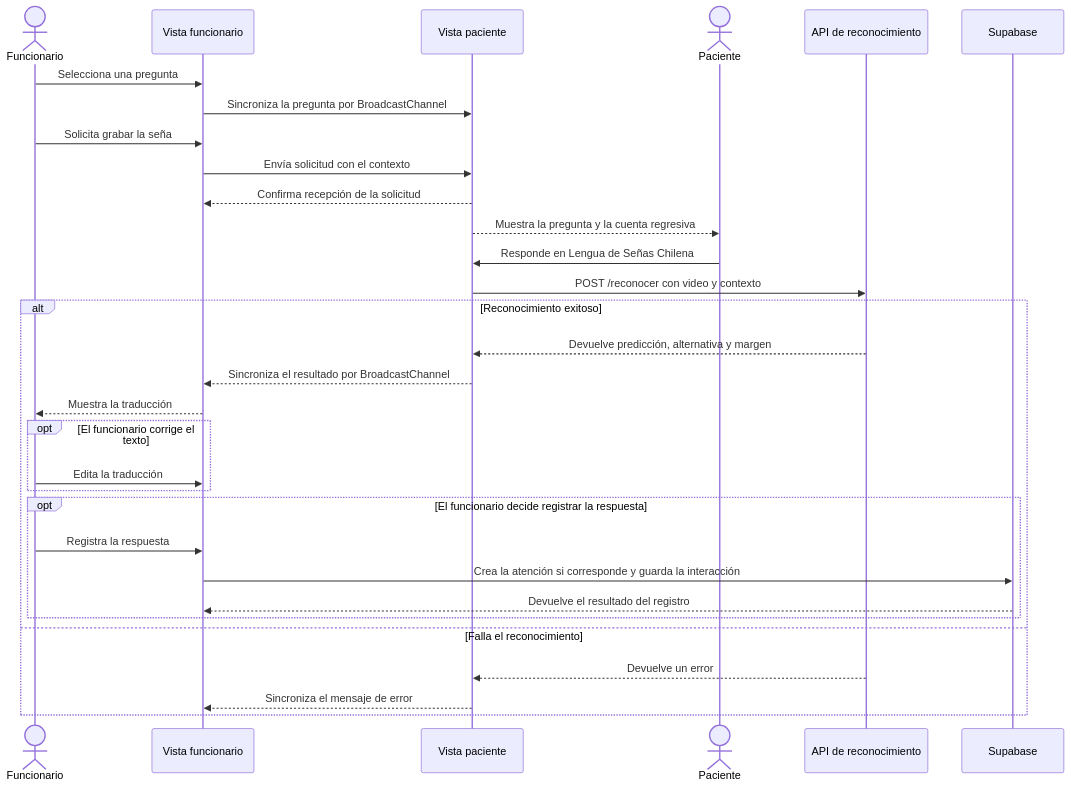
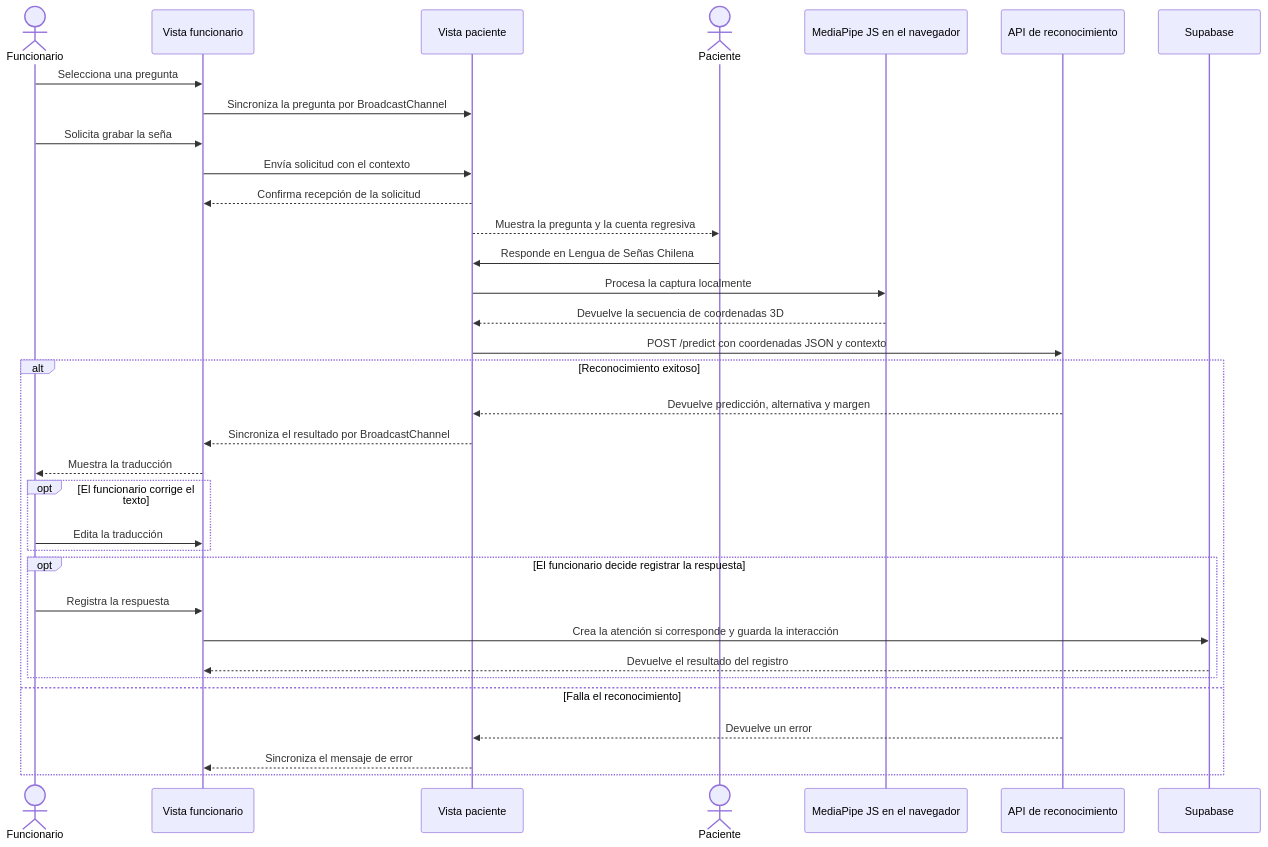
The diagram in Fase 2/Evidencias Proyecto/Evidencias de documentación/Diagrama de secuencia SeñaText.md (mtynnn/senatext), drawn with Mermaid before and after one commit. The commit also changed other lines of this file and 1 other file, not shown here.

Commit message:
Alinear diagramas UML con el flujo de coordenadas del arc42

````diff
--- a/Fase 2/Evidencias Proyecto/Evidencias de documentación/Diagrama de secuencia SeñaText.md
+++ b/Fase 2/Evidencias Proyecto/Evidencias de documentación/Diagrama de secuencia SeñaText.md
@@ -5,35 +5,38 @@
 ```mermaid
 sequenceDiagram
     actor F as Funcionario
     participant VF as Vista funcionario
     participant VP as Vista paciente
     actor P as Paciente
+    participant MP as MediaPipe JS en el navegador
     participant API as API de reconocimiento
     participant DB as Supabase
 
     F->>VF: Selecciona una pregunta
     VF->>VP: Sincroniza la pregunta por BroadcastChannel
     F->>VF: Solicita grabar la seña
     VF->>VP: Envía solicitud con el contexto
     VP-->>VF: Confirma recepción de la solicitud
     VP-->>P: Muestra la pregunta y la cuenta regresiva
     P->>VP: Responde en Lengua de Señas Chilena
-    VP->>API: POST /reconocer con video y contexto
+    VP->>MP: Procesa la captura localmente
+    MP-->>VP: Devuelve la secuencia de coordenadas 3D
+    VP->>API: POST /predict con coordenadas JSON y contexto
 
     alt Reconocimiento exitoso
         API-->>VP: Devuelve predicción, alternativa y margen
         VP-->>VF: Sincroniza el resultado por BroadcastChannel
         VF-->>F: Muestra la traducción
         opt El funcionario corrige el texto
             F->>VF: Edita la traducción
         end
         opt El funcionario decide registrar la respuesta
             F->>VF: Registra la respuesta
             VF->>DB: Crea la atención si corresponde y guarda la interacción
             DB-->>VF: Devuelve el resultado del registro
         end
     else Falla el reconocimiento
         API-->>VP: Devuelve un error
         VP-->>VF: Sincroniza el mensaje de error
     end
 ```
````
